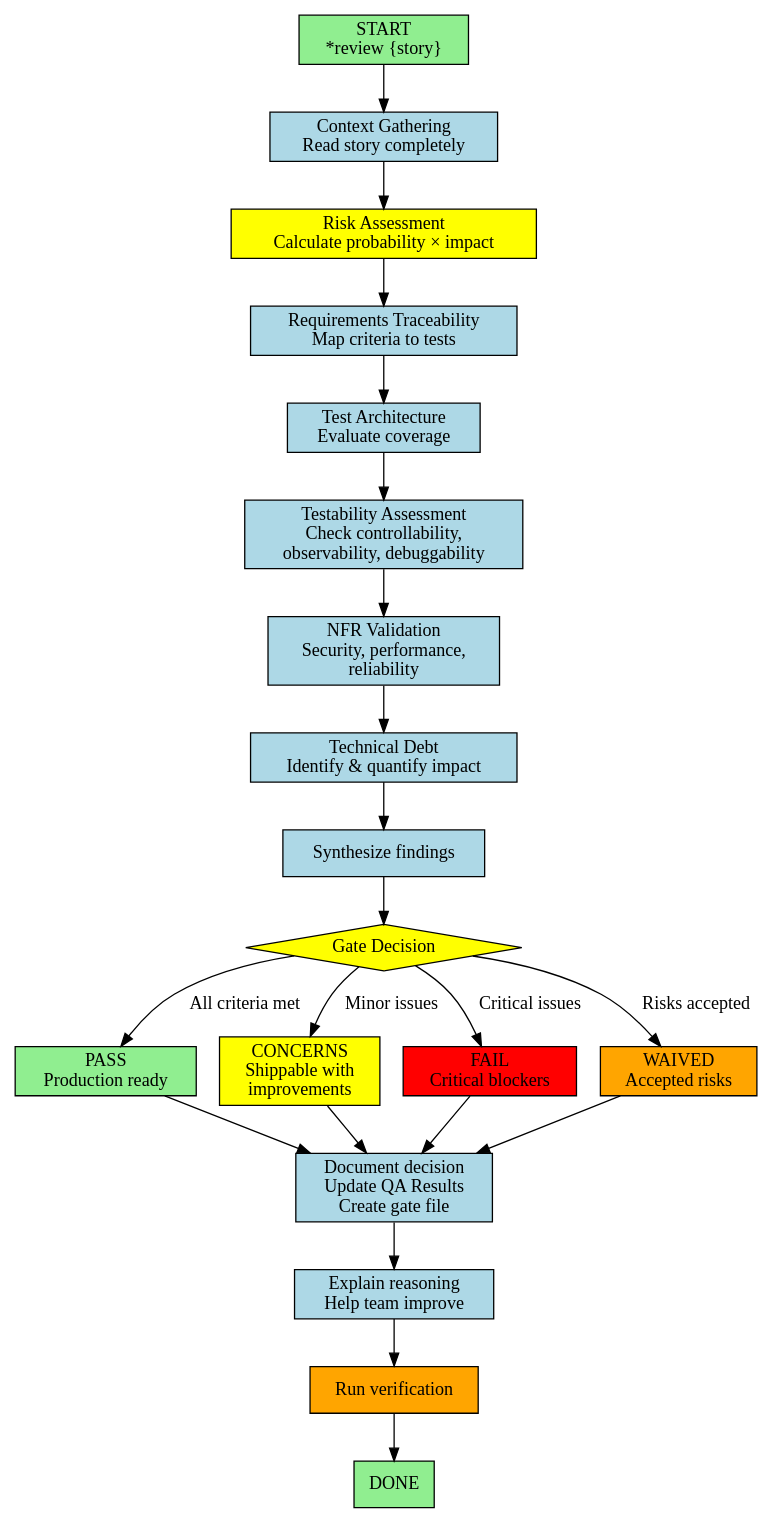
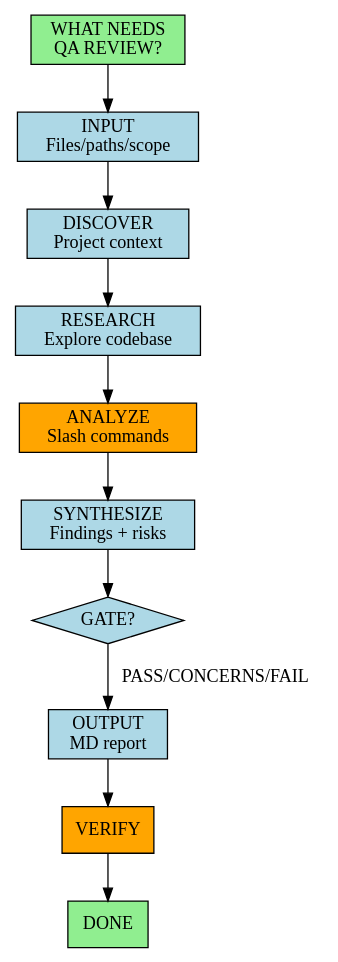
Before and after one commit to amrhas82/agentic-toolkit: the diagram in ai/subagentic/ampcode/agents/quality-assurance.md, drawn with Graphviz. The commit also changed other lines of this file and 64 other files, not shown here.

````diff
--- a/ai/subagentic/ampcode/agents/quality-assurance.md
+++ b/ai/subagentic/ampcode/agents/quality-assurance.md
@@ -13,46 +30,27 @@
 ```dot
-digraph QATestArchitect {
+digraph QualityAssurance {
   rankdir=TB;
   node [shape=box, style=filled, fillcolor=lightblue];
 
-  start [label="START\n*review {story}", fillcolor=lightgreen];
-  context [label="Context Gathering\nRead story completely"];
-  risk [label="Risk Assessment\nCalculate probability × impact", fillcolor=yellow];
-  trace [label="Requirements Traceability\nMap criteria to tests"];
-  test_arch [label="Test Architecture\nEvaluate coverage"];
-  testability [label="Testability Assessment\nCheck controllability,\nobservability, debuggability"];
-  nfr [label="NFR Validation\nSecurity, performance,\nreliability"];
-  tech_debt [label="Technical Debt\nIdentify & quantify impact"];
-  synthesize [label="Synthesize findings"];
-  gate_decision [label="Gate Decision", shape=diamond, fillcolor=yellow];
-  pass [label="PASS\nProduction ready", fillcolor=lightgreen];
-  concerns [label="CONCERNS\nShippable with\nimprovements", fillcolor=yellow];
-  fail [label="FAIL\nCritical blockers", fillcolor=red];
-  waived [label="WAIVED\nAccepted risks", fillcolor=orange];
-  document [label="Document decision\nUpdate QA Results\nCreate gate file"];
-  educational [label="Explain reasoning\nHelp team improve"];
-  verify_before_done [label="Run verification", fillcolor=orange];
+  start [label="WHAT NEEDS\nQA REVIEW?", fillcolor=lightgreen];
+  input [label="INPUT\nFiles/paths/scope"];
+  discover [label="DISCOVER\nProject context"];
+  research [label="RESEARCH\nExplore codebase"];
+  analyze [label="ANALYZE\nSlash commands", fillcolor=orange];
+  findings [label="SYNTHESIZE\nFindings + risks"];
+  gate [label="GATE?", shape=diamond];
+  output [label="OUTPUT\nMD report"];
+  verify [label="VERIFY", fillcolor=orange];
   done [label="DONE", fillcolor=lightgreen];
 
-  start -> context;
-  context -> risk;
-  risk -> trace;
-  trace -> test_arch;
-  test_arch -> testability;
-  testability -> nfr;
-  nfr -> tech_debt;
-  tech_debt -> synthesize;
-  synthesize -> gate_decision;
-  gate_decision -> pass [label="All criteria met"];
-  gate_decision -> concerns [label="Minor issues"];
-  gate_decision -> fail [label="Critical issues"];
-  gate_decision -> waived [label="Risks accepted"];
-  pass -> document;
-  concerns -> document;
-  fail -> document;
-  waived -> document;
-  document -> educational;
-  educational -> verify_before_done;
-  verify_before_done -> done;
+  start -> input;
+  input -> discover;
+  discover -> research;
+  research -> analyze;
+  analyze -> findings;
+  findings -> gate;
+  gate -> output [label="PASS/CONCERNS/FAIL"];
+  output -> verify;
+  verify -> done;
 }
 ```
````
